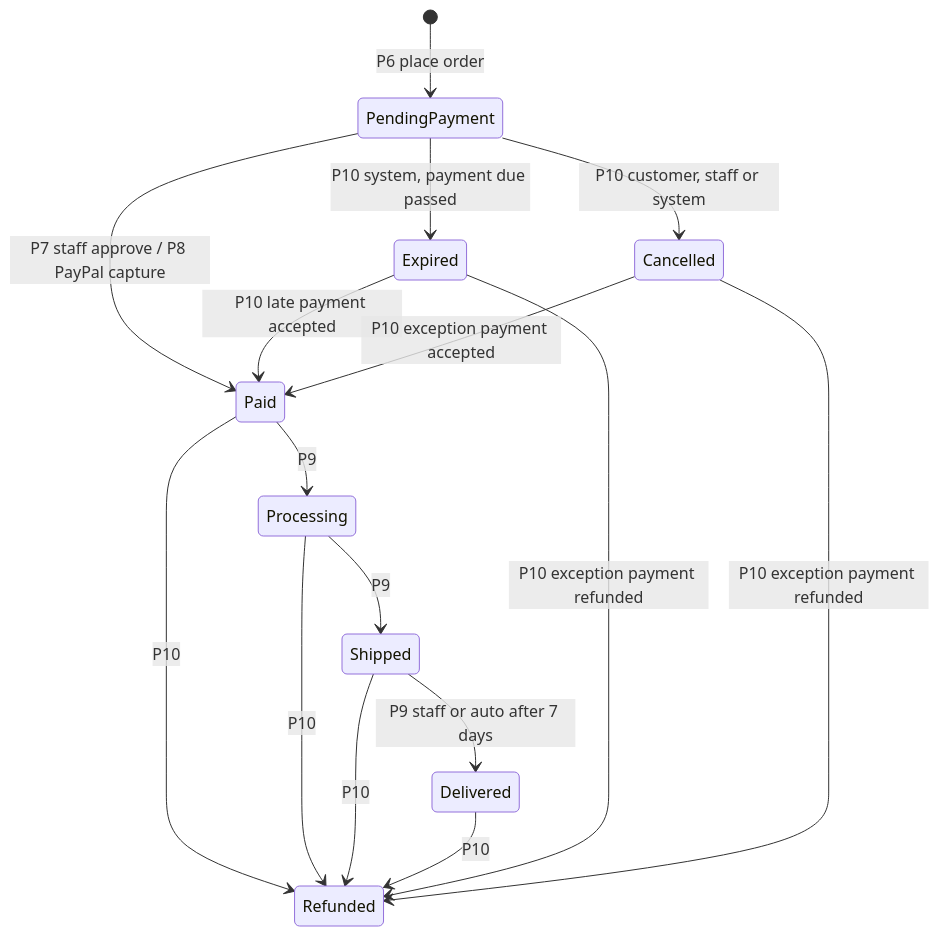
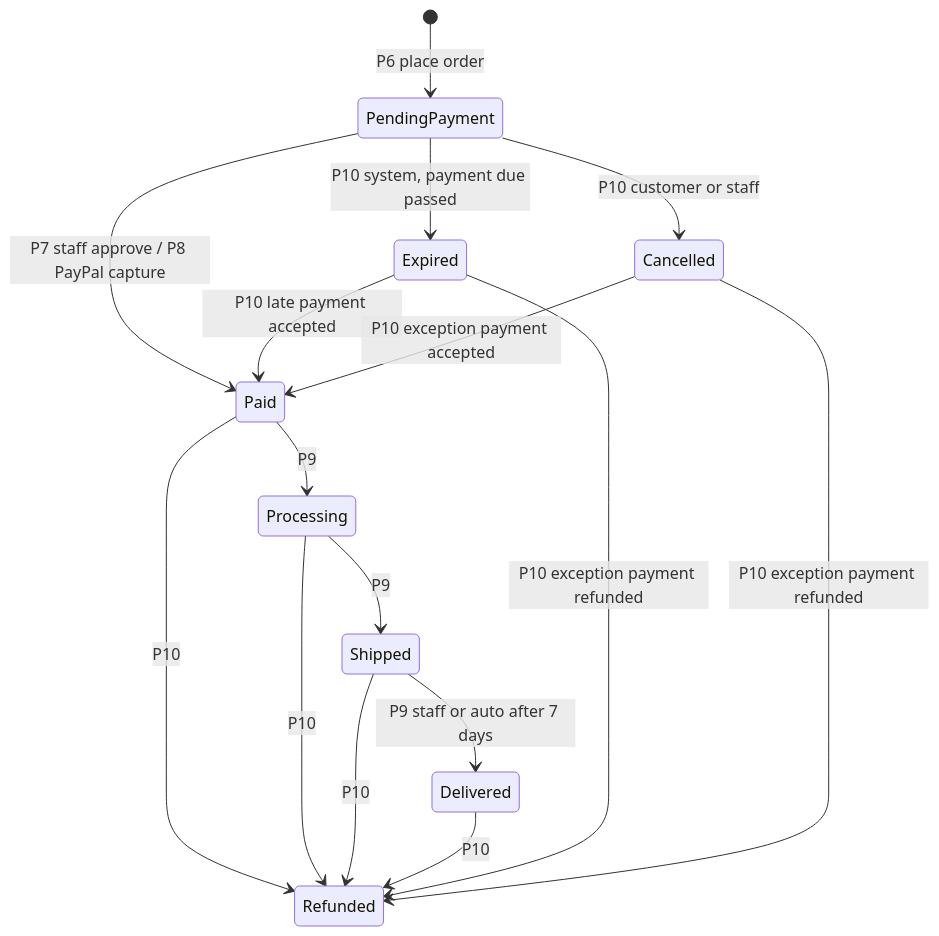
One commit to MASACHITH/spencer-denim-ecommerce changed the second of 9 diagrams in docs/11-business-processes.md. Above: the diagram before and after it, drawn with Mermaid. The commit also changed other lines of this file, not shown here.

````diff
--- a/docs/11-business-processes.md
+++ b/docs/11-business-processes.md
@@ -157,18 +158,18 @@
 ```mermaid
 stateDiagram-v2
   [*] --> PendingPayment : P6 place order
   PendingPayment --> Paid : P7 staff approve / P8 PayPal capture
   PendingPayment --> Expired : P10 system, payment due passed
-  PendingPayment --> Cancelled : P10 customer, staff or system
+  PendingPayment --> Cancelled : P10 customer or staff
   Expired --> Paid : P10 late payment accepted
   Cancelled --> Paid : P10 exception payment accepted
   Paid --> Processing : P9
   Processing --> Shipped : P9
   Shipped --> Delivered : P9 staff or auto after 7 days
   Paid --> Refunded : P10
   Processing --> Refunded : P10
   Shipped --> Refunded : P10
   Delivered --> Refunded : P10
   Expired --> Refunded : P10 exception payment refunded
   Cancelled --> Refunded : P10 exception payment refunded
 ```
````
